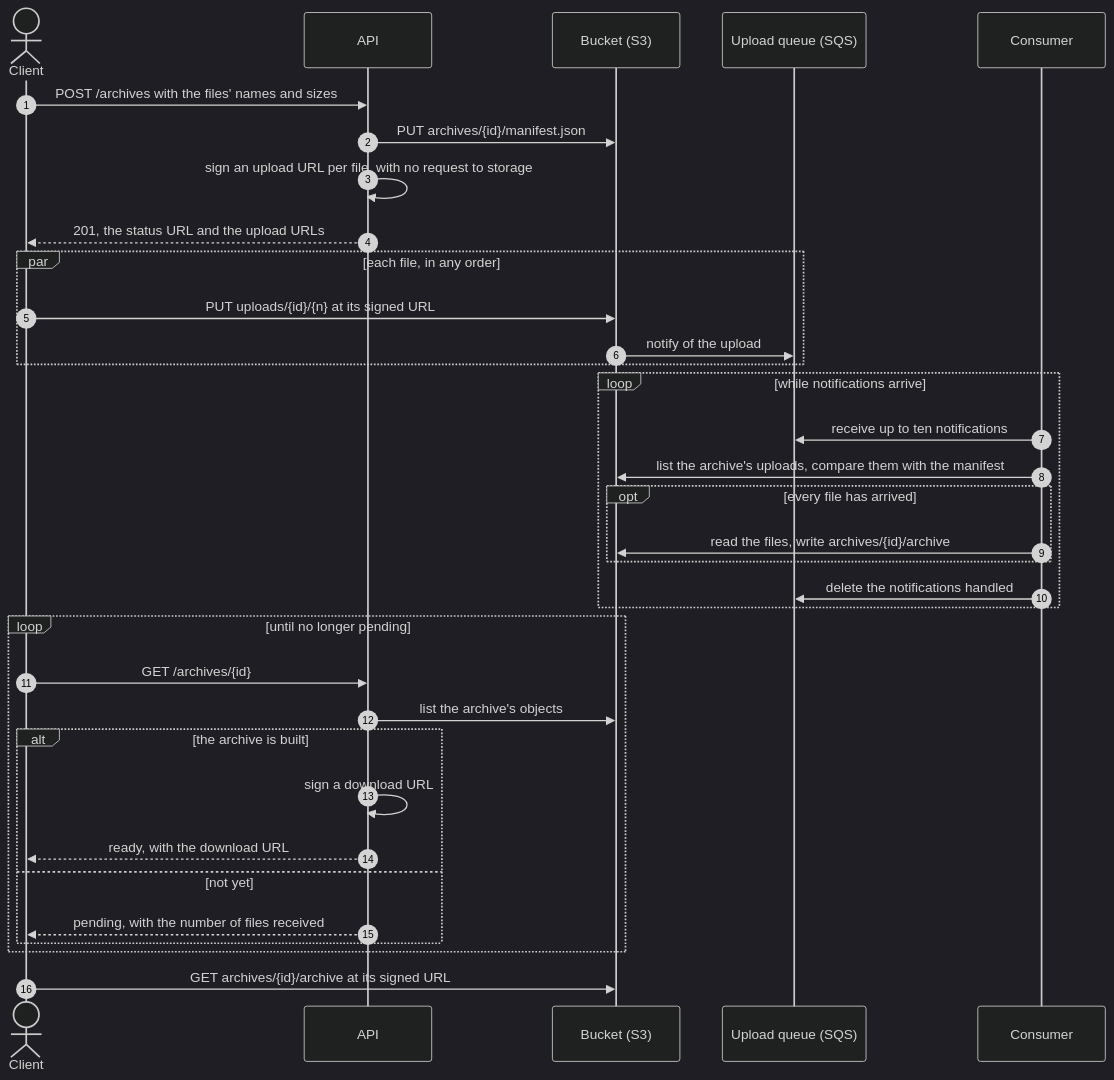
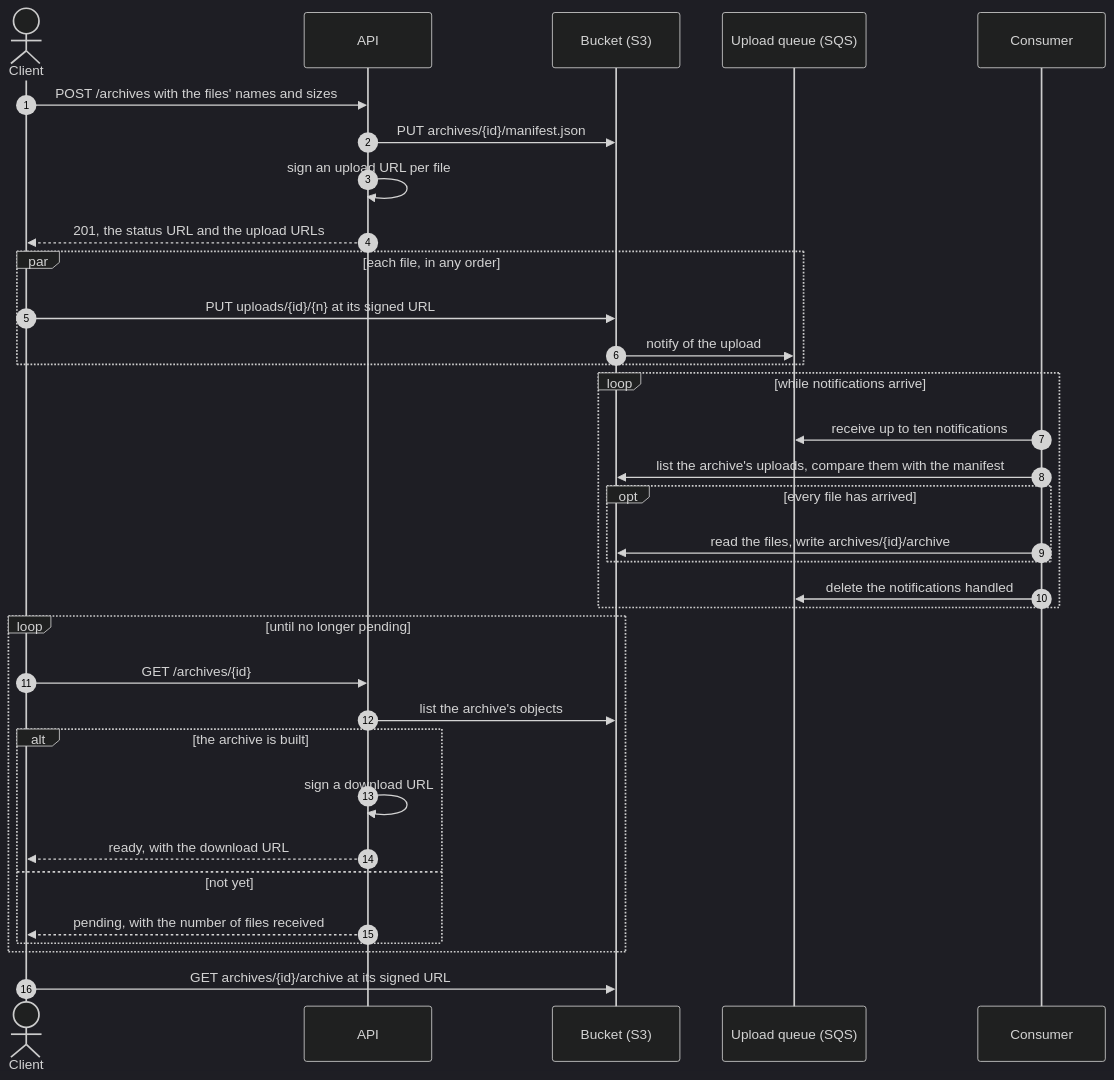
One commit to berislavlopac/satara changed the fifth of 5 diagrams in docs/architecture.md. Above: the diagram before and after it, drawn with Mermaid (dark theme).

Commit message:
shorten the signing step in the deferred flow's diagram

````diff
--- a/docs/architecture.md
+++ b/docs/architecture.md
@@ -162,36 +162,36 @@
 ```mermaid
 sequenceDiagram
     autonumber
     actor Client
     participant API
     participant Bucket as Bucket (S3)
     participant Queue as Upload queue (SQS)
     participant Consumer
     Client->>API: POST /archives with the files' names and sizes
     API->>Bucket: PUT archives/{id}/manifest.json
-    API->>API: sign an upload URL per file, with no request to storage
+    API->>API: sign an upload URL per file
     API-->>Client: 201, the status URL and the upload URLs
     par each file, in any order
         Client->>Bucket: PUT uploads/{id}/{n} at its signed URL
         Bucket->>Queue: notify of the upload
     end
     loop while notifications arrive
         Consumer->>Queue: receive up to ten notifications
         Consumer->>Bucket: list the archive's uploads, compare them with the manifest
         opt every file has arrived
             Consumer->>Bucket: read the files, write archives/{id}/archive
         end
         Consumer->>Queue: delete the notifications handled
     end
     loop until no longer pending
         Client->>API: GET /archives/{id}
         API->>Bucket: list the archive's objects
         alt the archive is built
             API->>API: sign a download URL
             API-->>Client: ready, with the download URL
         else not yet
             API-->>Client: pending, with the number of files received
         end
     end
     Client->>Bucket: GET archives/{id}/archive at its signed URL
 ```
````
